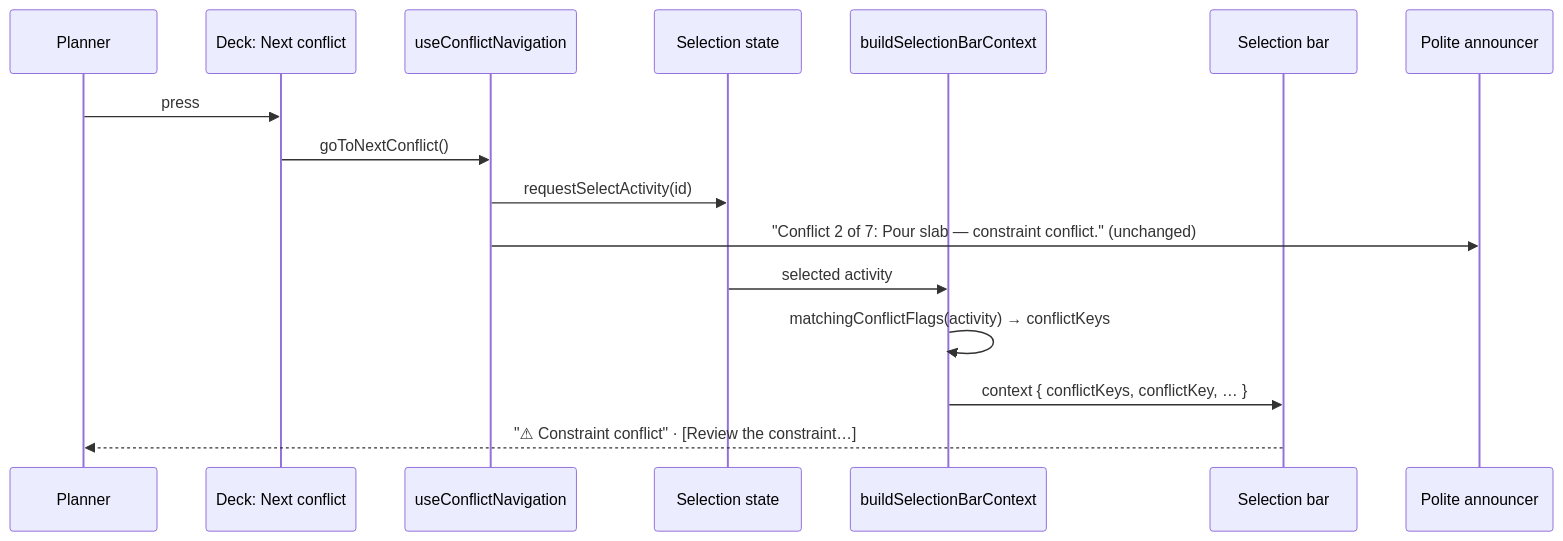
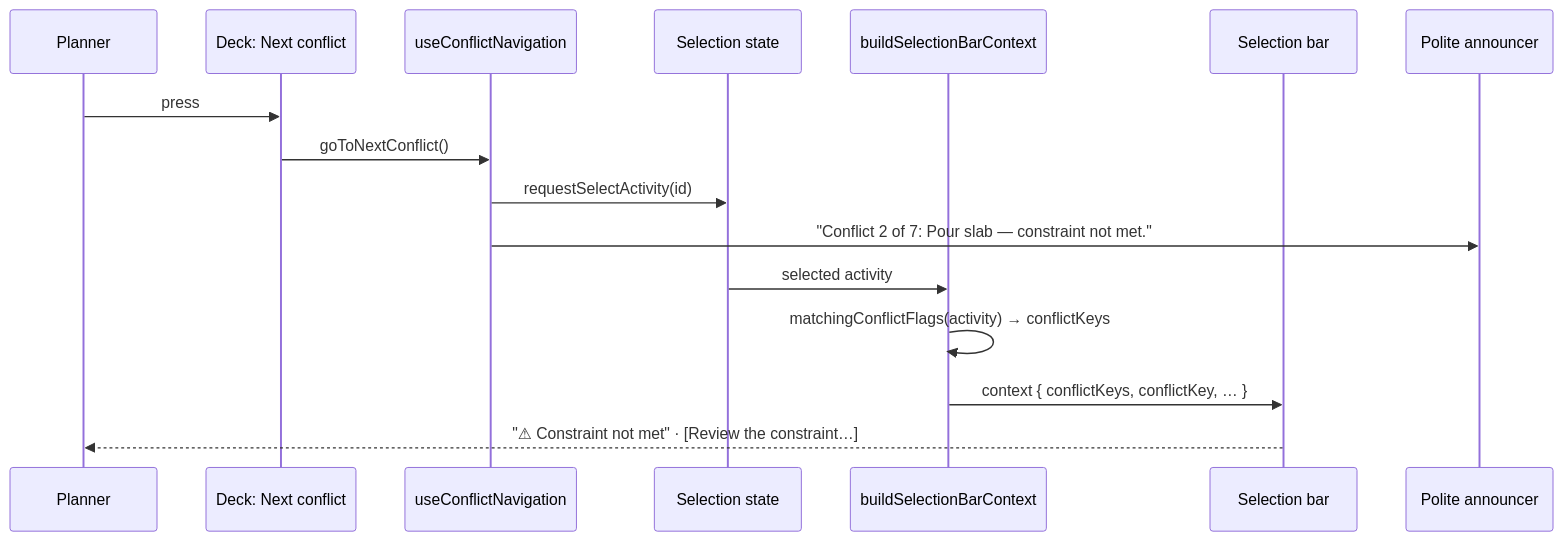
One commit to HuttonHomeHub/SchedulePoint_1 changed the second of 3 diagrams in docs/specs/conflict-reason-on-object/feature-spec.md. Above: the diagram before and after it, drawn with Mermaid. The commit also changed other lines of this file and 1 other file, not shown here.

First line of the commit message:
docs(docs): amend the conflict-reason-on-object spec after review (#479)

````diff
--- a/docs/specs/conflict-reason-on-object/feature-spec.md
+++ b/docs/specs/conflict-reason-on-object/feature-spec.md
@@ -282,18 +339,18 @@
 ```mermaid
 sequenceDiagram
   participant U as Planner
   participant D as Deck: Next conflict
   participant N as useConflictNavigation
   participant S as Selection state
   participant B as buildSelectionBarContext
   participant Bar as Selection bar
   participant A as Polite announcer
   U->>D: press
   D->>N: goToNextConflict()
   N->>S: requestSelectActivity(id)
-  N->>A: "Conflict 2 of 7: Pour slab — constraint conflict." (unchanged)
+  N->>A: "Conflict 2 of 7: Pour slab — constraint not met."
   S->>B: selected activity
   B->>B: matchingConflictFlags(activity) → conflictKeys
   B->>Bar: context { conflictKeys, conflictKey, … }
-  Bar-->>U: "⚠ Constraint conflict" · [Review the constraint…]
+  Bar-->>U: "⚠ Constraint not met" · [Review the constraint…]
 ```
````
